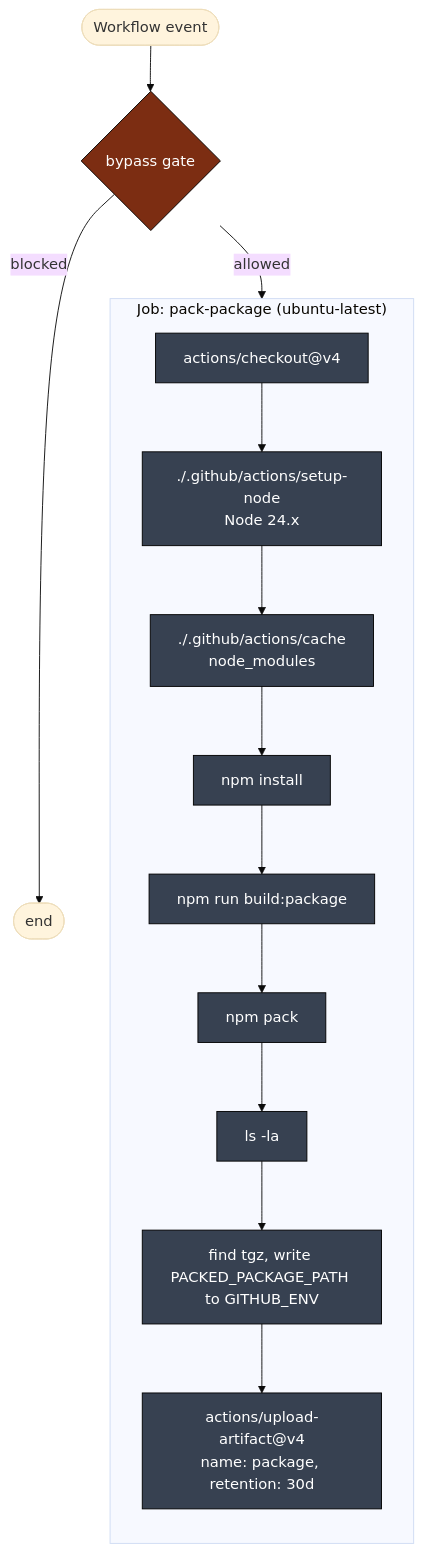
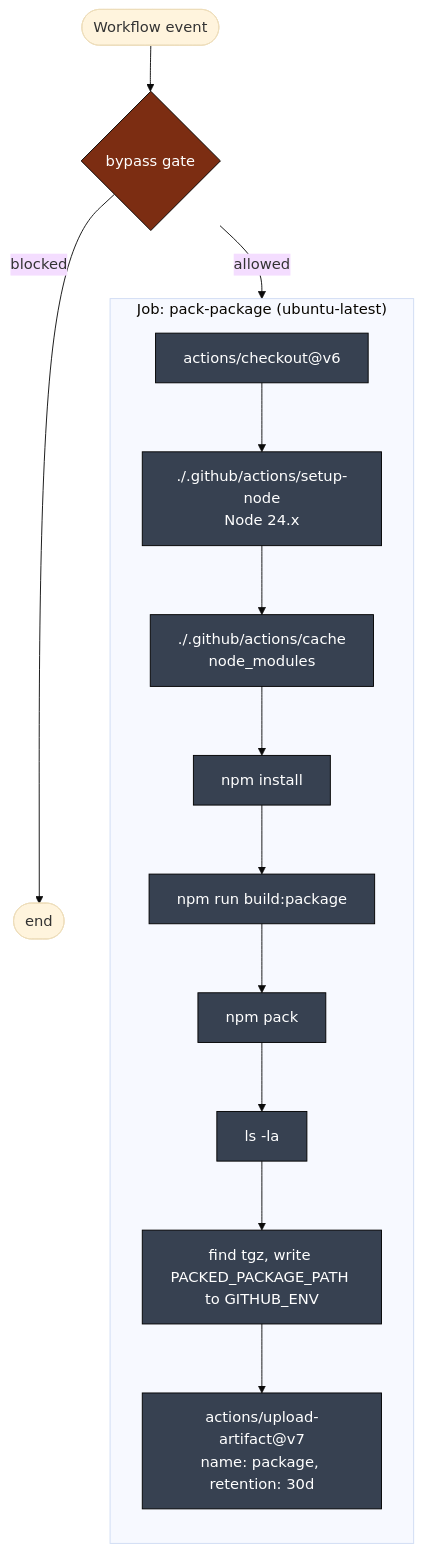
The third of 8 diagrams in .github/docs/PACK_PACKAGE_DEEP_DIVE.md (llm-exe/llm-exe), drawn with Mermaid (base theme) before and after one commit. The commit also changed other lines of this file and 19 other files, not shown here.

First line of the commit message:
Update GitHub Actions to use latest versions of create-github-app-token and checkout actions

````diff
--- a/.github/docs/PACK_PACKAGE_DEEP_DIVE.md
+++ b/.github/docs/PACK_PACKAGE_DEEP_DIVE.md
@@ -124,25 +124,25 @@
 ```mermaid
 flowchart TB
     classDef job fill:#1e3a8a,color:#fff,stroke:#000
     classDef step fill:#374151,color:#fff,stroke:#000
     classDef gate fill:#7c2d12,color:#fff,stroke:#000
 
     start([Workflow event])
     start --> dec{bypass gate}:::gate
     dec -->|blocked| stop([end])
     dec -->|allowed| J
 
     subgraph J["Job: pack-package (ubuntu-latest)"]
         direction TB
-        s1["actions/checkout@v4"]:::step
+        s1["actions/checkout@v6"]:::step
         s2["./.github/actions/setup-node\nNode 24.x"]:::step
         s3["./.github/actions/cache\nnode_modules"]:::step
         s4["npm install"]:::step
         s5["npm run build:package"]:::step
         s6["npm pack"]:::step
         s7["ls -la"]:::step
         s8["find tgz, write PACKED_PACKAGE_PATH to GITHUB_ENV"]:::step
-        s9["actions/upload-artifact@v4\nname: package, retention: 30d"]:::step
+        s9["actions/upload-artifact@v7\nname: package, retention: 30d"]:::step
         s1 --> s2 --> s3 --> s4 --> s5 --> s6 --> s7 --> s8 --> s9
     end
 ```
````
